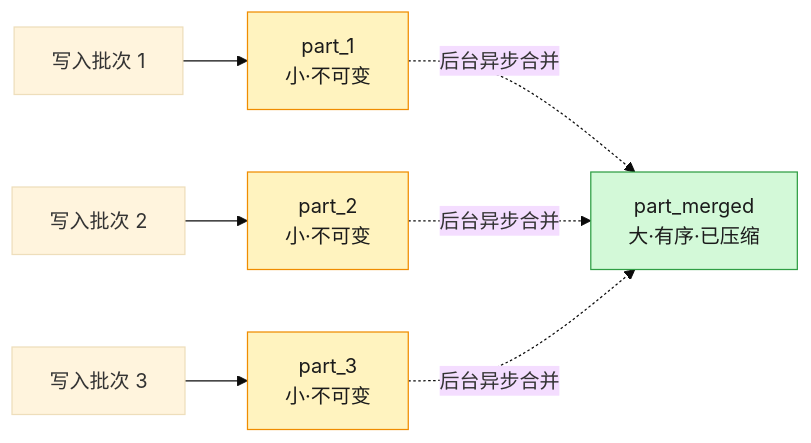
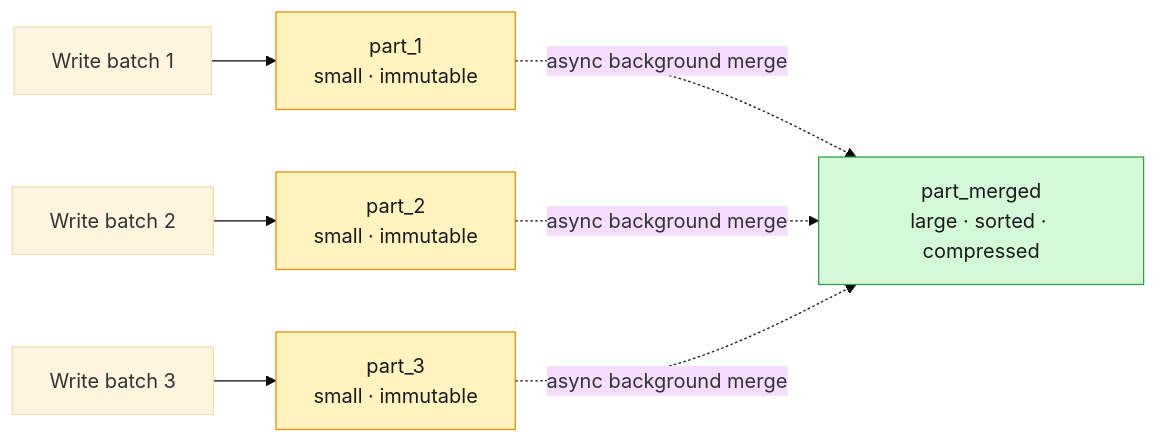
Before and after one commit to Casta-mere/My-Website: the first of 2 diagrams in i18n/en/docusaurus-plugin-content-blog/2026/06/17-clickhouseAuditLog/index.md, drawn with Mermaid (base theme). The commit also changed other lines of this file, not shown here.

Commit message:
blog-modify: clickhouse audit log V0.23 i18n section #4

````diff
--- a/i18n/en/docusaurus-plugin-content-blog/2026/06/17-clickhouseAuditLog/index.md
+++ b/i18n/en/docusaurus-plugin-content-blog/2026/06/17-clickhouseAuditLog/index.md
@@ -100,13 +102,13 @@
 ```mermaid
 flowchart LR
-  b1["写入批次 1"] --> p1["part_1<br/>小·不可变"]
-  b2["写入批次 2"] --> p2["part_2<br/>小·不可变"]
-  b3["写入批次 3"] --> p3["part_3<br/>小·不可变"]
-  p1 -. 后台异步合并 .-> M["part_merged<br/>大·有序·已压缩"]
-  p2 -. 后台异步合并 .-> M
-  p3 -. 后台异步合并 .-> M
+  b1["Write batch 1"] --> p1["part_1<br/>small · immutable"]
+  b2["Write batch 2"] --> p2["part_2<br/>small · immutable"]
+  b3["Write batch 3"] --> p3["part_3<br/>small · immutable"]
+  p1 -. async background merge .-> M["part_merged<br/>large · sorted · compressed"]
+  p2 -. async background merge .-> M
+  p3 -. async background merge .-> M
   classDef small fill:#fff3bf,stroke:#f08c00,color:#1b1b1b;
   classDef big fill:#d3f9d8,stroke:#2f9e44,color:#1b1b1b;
   class p1,p2,p3 small;
   class M big;
 ```
````
